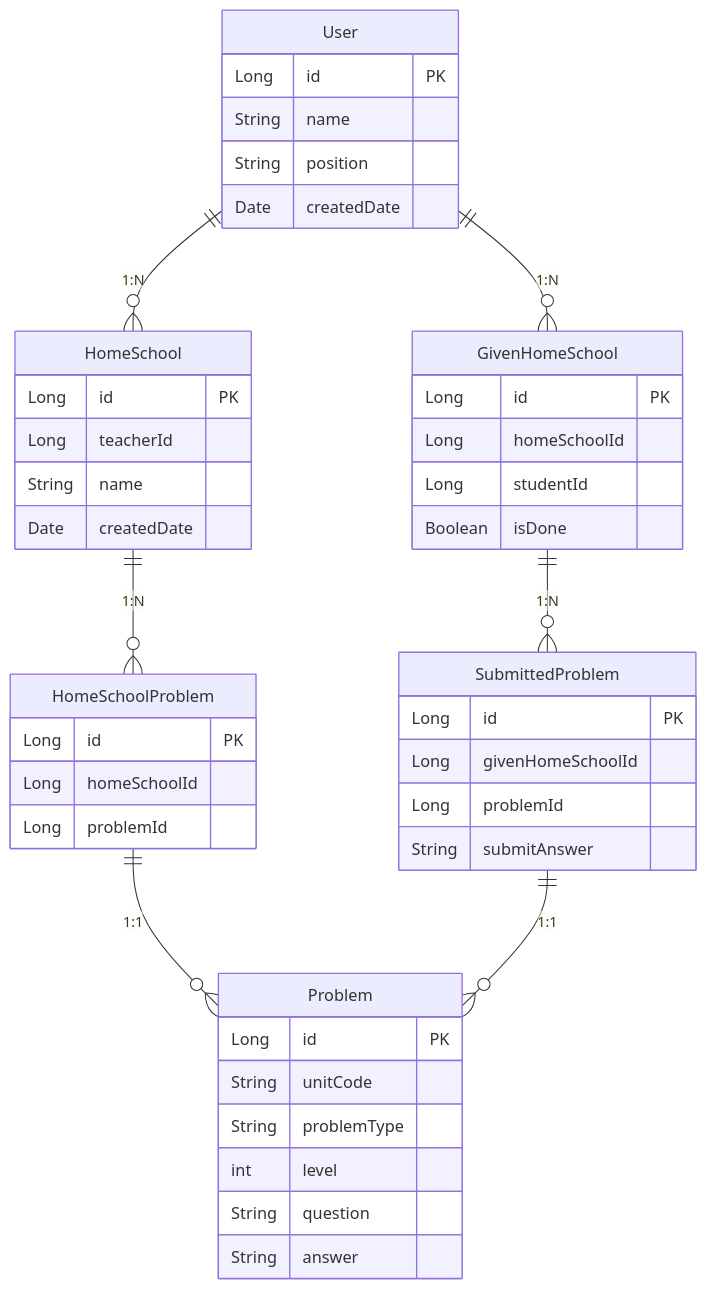
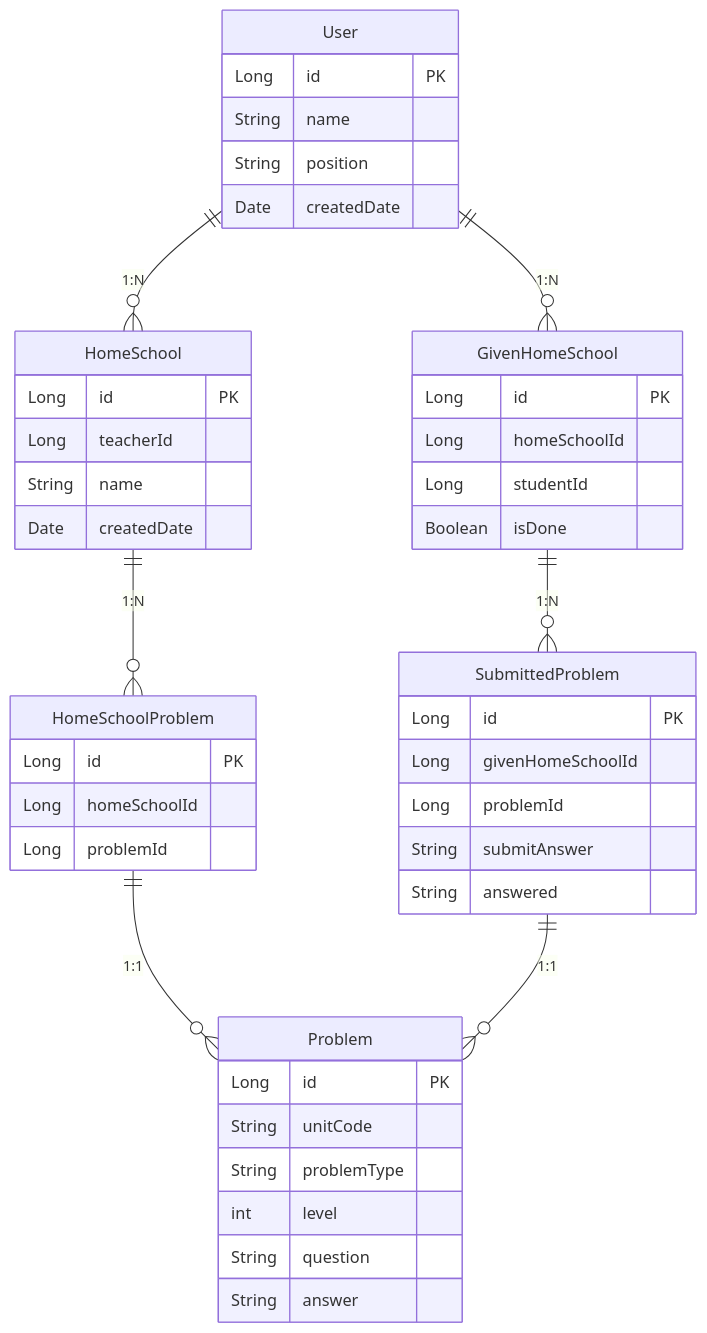
Before and after one commit to lgm1007/home-school-materials-api: the diagram in docs/ERD.md, drawn with Mermaid. The commit also changed other lines of this file, not shown here.

Commit message:
docs: ERD - 학생이 제출한 문제 별 정답 테이블에 정답을 맞췄는지 틀렸는지 컬럼 추가

````diff
--- a/docs/ERD.md
+++ b/docs/ERD.md
@@ -1,52 +1,53 @@
 ```mermaid
 erDiagram
     Problem {
         Long id PK
         String unitCode
         String problemType
         int level
         String question
         String answer
     }
     
     HomeSchool {
         Long id PK
         Long teacherId
         String name
         Date createdDate
     }
 
     HomeSchoolProblem {
         Long id PK
         Long homeSchoolId
         Long problemId
     }
 
     GivenHomeSchool {
         Long id PK
         Long homeSchoolId
         Long studentId
         Boolean isDone
     }
 
     SubmittedProblem {
         Long id PK
         Long givenHomeSchoolId
         Long problemId
         String submitAnswer
+        String answered
     }
 
     User {
         Long id PK
         String name
         String position
         Date createdDate
     }
 
     HomeSchool ||--o{ HomeSchoolProblem : "1:N"
     HomeSchoolProblem ||--o{ Problem : "1:1"
     GivenHomeSchool ||--o{ SubmittedProblem : "1:N"
     SubmittedProblem ||--o{ Problem : "1:1"
     User ||--o{ HomeSchool : "1:N"
     User ||--o{ GivenHomeSchool : "1:N"
 ```
````
